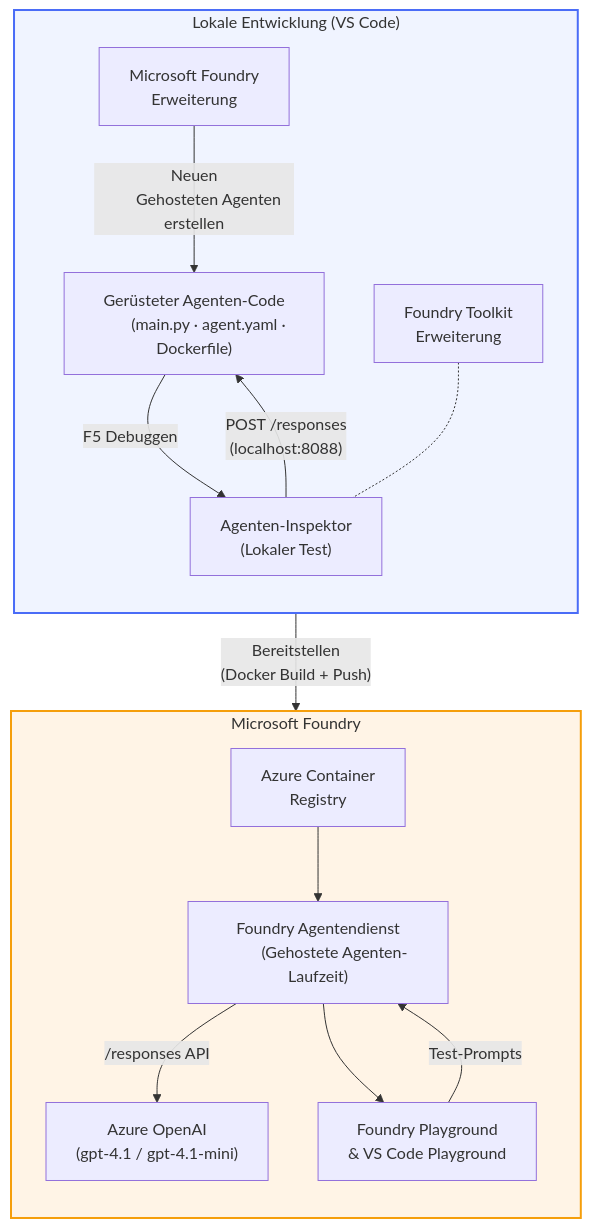
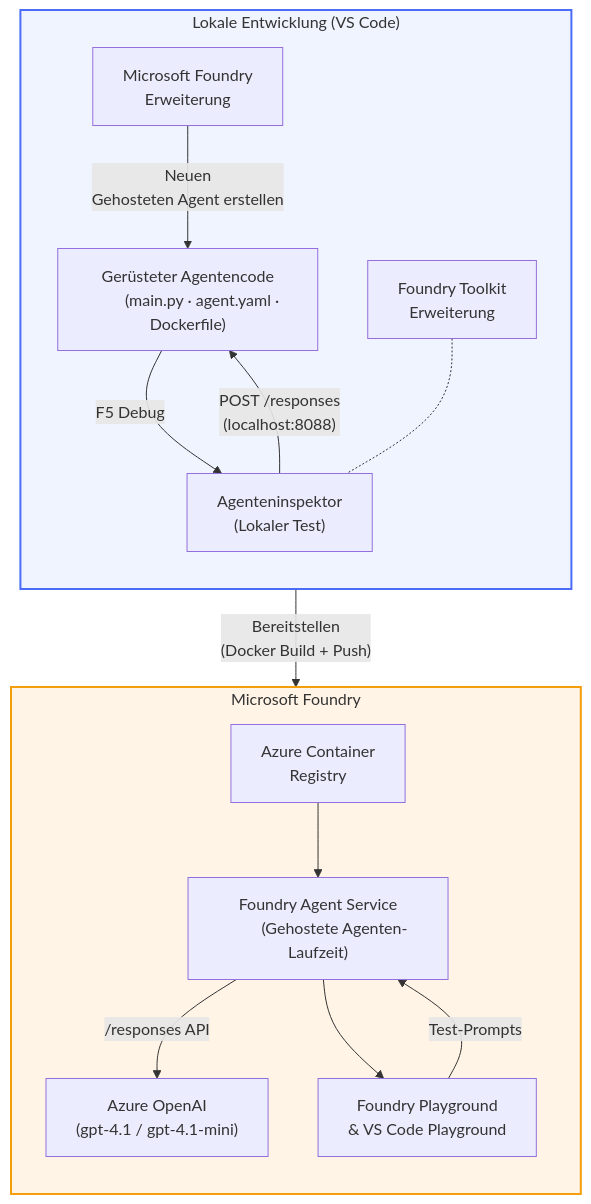
Before and after one commit to microsoft-foundry/Foundry_Toolkit_for_VSCode_Lab: the diagram in translations/de/README.md, drawn with Mermaid. The commit also changed other lines of this file and 110 other files, not shown here.

````diff
--- a/translations/de/README.md
+++ b/translations/de/README.md
@@ -48,42 +52,42 @@
 ```mermaid
 flowchart TB
     subgraph Local["Lokale Entwicklung (VS Code)"]
         direction TB
         FE["Microsoft Foundry
         Erweiterung"]
         FoundryToolkit["Foundry Toolkit
         Erweiterung"]
-        Scaffold["Gerüsteter Agenten-Code
+        Scaffold["Gerüsteter Agentencode
         (main.py · agent.yaml · Dockerfile)"]
-        Inspector["Agenten-Inspektor
+        Inspector["Agenteninspektor
         (Lokaler Test)"]
         FE -- "Neuen
-        Gehosteten Agenten erstellen" --> Scaffold
-        Scaffold -- "F5 Debuggen" --> Inspector
+        Gehosteten Agent erstellen" --> Scaffold
+        Scaffold -- "F5 Debug" --> Inspector
         FoundryToolkit -.- Inspector
     end
 
     subgraph Cloud["Microsoft Foundry"]
         direction TB
         ACR["Azure Container
         Registry"]
-        AgentService["Foundry Agentendienst
+        AgentService["Foundry Agent Service
         (Gehostete Agenten-Laufzeit)"]
         Model["Azure OpenAI
         (gpt-4.1 / gpt-4.1-mini)"]
         Playground["Foundry Playground
         & VS Code Playground"]
         ACR --> AgentService
         AgentService -- "/responses API" --> Model
         AgentService --> Playground
     end
 
     Scaffold -- "Bereitstellen
     (Docker Build + Push)" --> ACR
     Inspector -- "POST /responses
     (localhost:8088)" --> Scaffold
     Playground -- "Test-Prompts" --> AgentService
 
     style Local fill:#f0f4ff,stroke:#4a6cf7,stroke-width:2px
     style Cloud fill:#fff4e6,stroke:#f59e0b,stroke-width:2px
 ```
````
